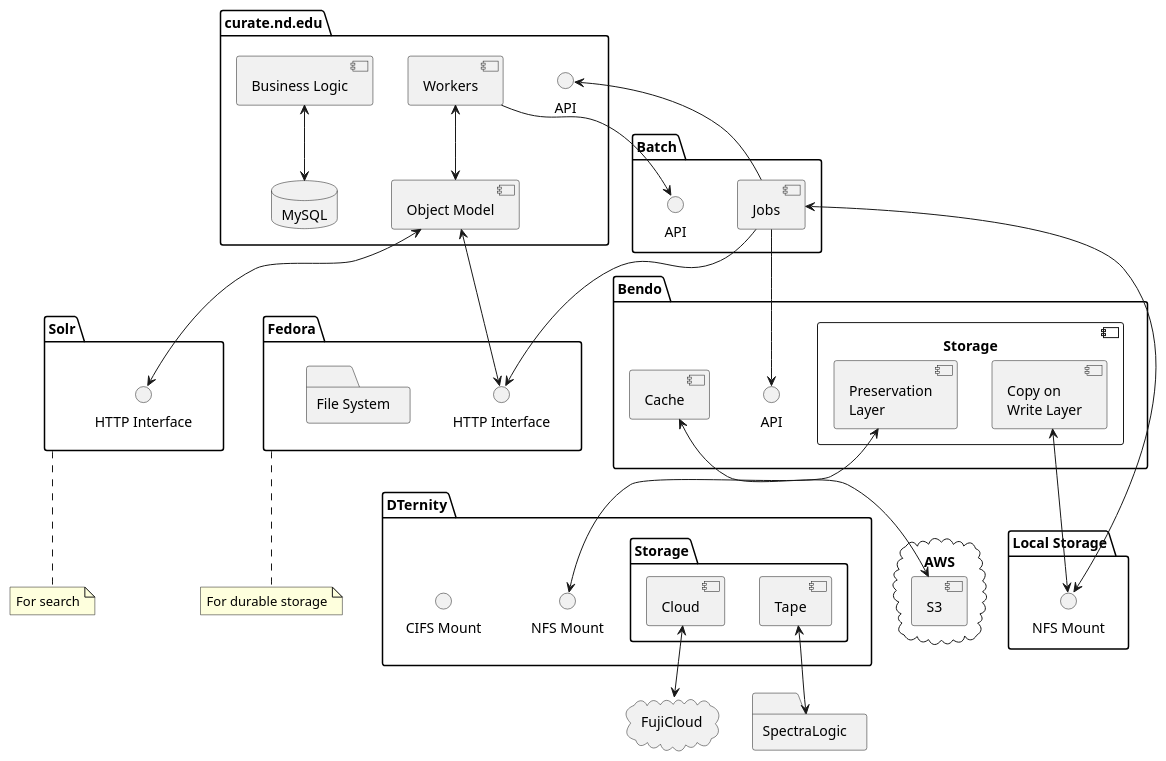
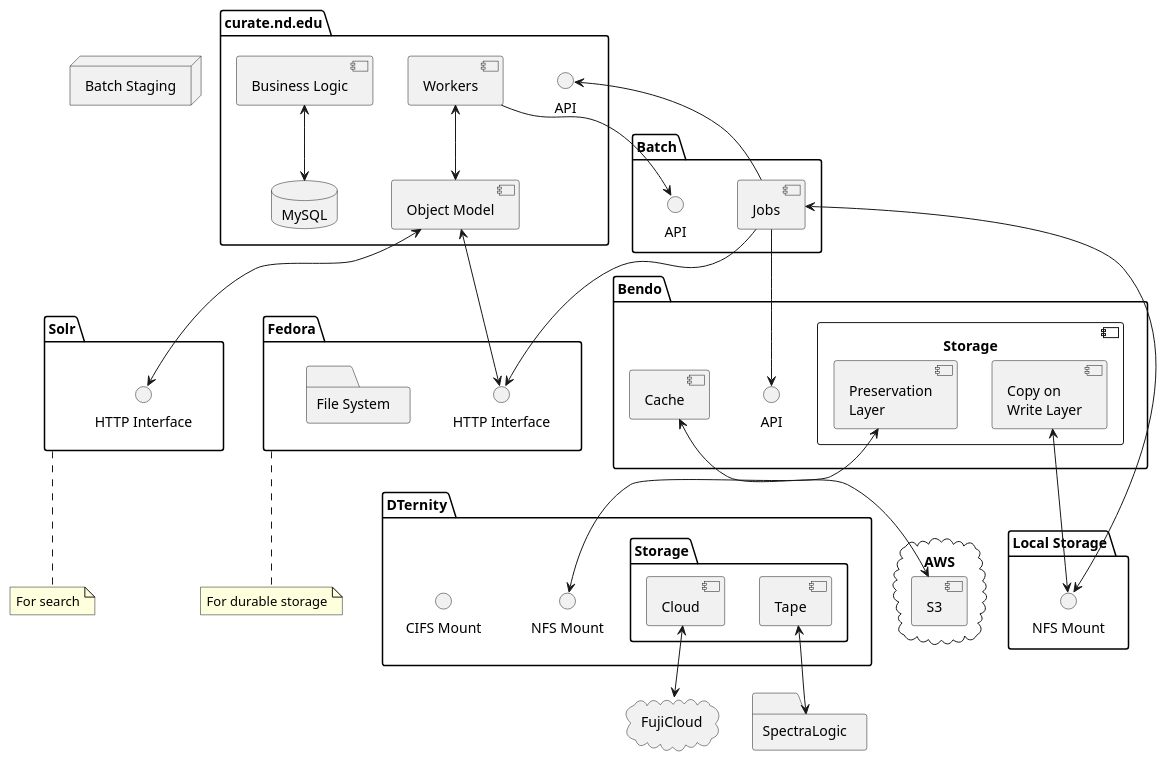
The diagram in plantuml/curate_nd.puml (ndlib/dam-ecosystem-mapping), drawn with PlantUML before and after one commit. The commit also changed 2 other files, not shown here.

Commit message:
Updating diagrams and table

```diff
--- a/plantuml/curate_nd.puml
+++ b/plantuml/curate_nd.puml
@@ -10,75 +10,78 @@
 @startuml
 
 package "curate.nd.edu" {
   component "Object Model" as CurateOM
   component "Workers" as CurateW
   component "Business Logic" as CurateBL
   database MySQL
   interface "API" as CurateAPI
   CurateW <--> CurateOM
   CurateBL <--> MySQL
 }
 
 package "Fedora" {
   interface "HTTP Interface" as FedoraHTTP
   folder "File System" as FedoraFS
 }
 note bottom of Fedora
   For durable storage
 end note
 
 package "Solr" {
   interface "HTTP Interface" as SolrHTTP
 }
 note bottom of Solr
   For search
 end note
 
 package "Batch" {
   interface API as BatchAPI
   component Jobs as BatchJobs
 }
 
+node "Batch Staging" {
+  
+}
 
 package "Bendo" {
   interface API as BendoAPI
   component Cache as BendoC
   component Storage {
     component "Copy on\nWrite Layer" as BendoCOW
     component "Preservation\nLayer" as BendoPL
   }
 }
 
 package "DTernity" {
   interface "NFS Mount" as DTernityNFSM
   interface "CIFS Mount" as DTernityCIFSM
   package "Storage" as DTernityStorage {
     component "Cloud" as DternityCS
     component "Tape" as DternityTS
   }
 }
 
 folder "Local Storage" {
   interface "NFS Mount" as LocalNFSMount
 }
 
 folder "SpectraLogic"
 
 cloud "FujiCloud"
 
 cloud AWS {
   component S3
 }
 BendoPL <--> DTernityNFSM
 CurateOM <--> FedoraHTTP
 CurateOM <--> SolrHTTP
 BatchJobs --> CurateAPI
 BendoCOW <--> LocalNFSMount
 DternityTS <--> SpectraLogic
 DternityCS <--> FujiCloud
 BendoC <--> S3
 CurateW --> BatchAPI
 BatchJobs --> BendoAPI
 BatchJobs --> FedoraHTTP
 BatchJobs <--> LocalNFSMount
 @enduml
```
